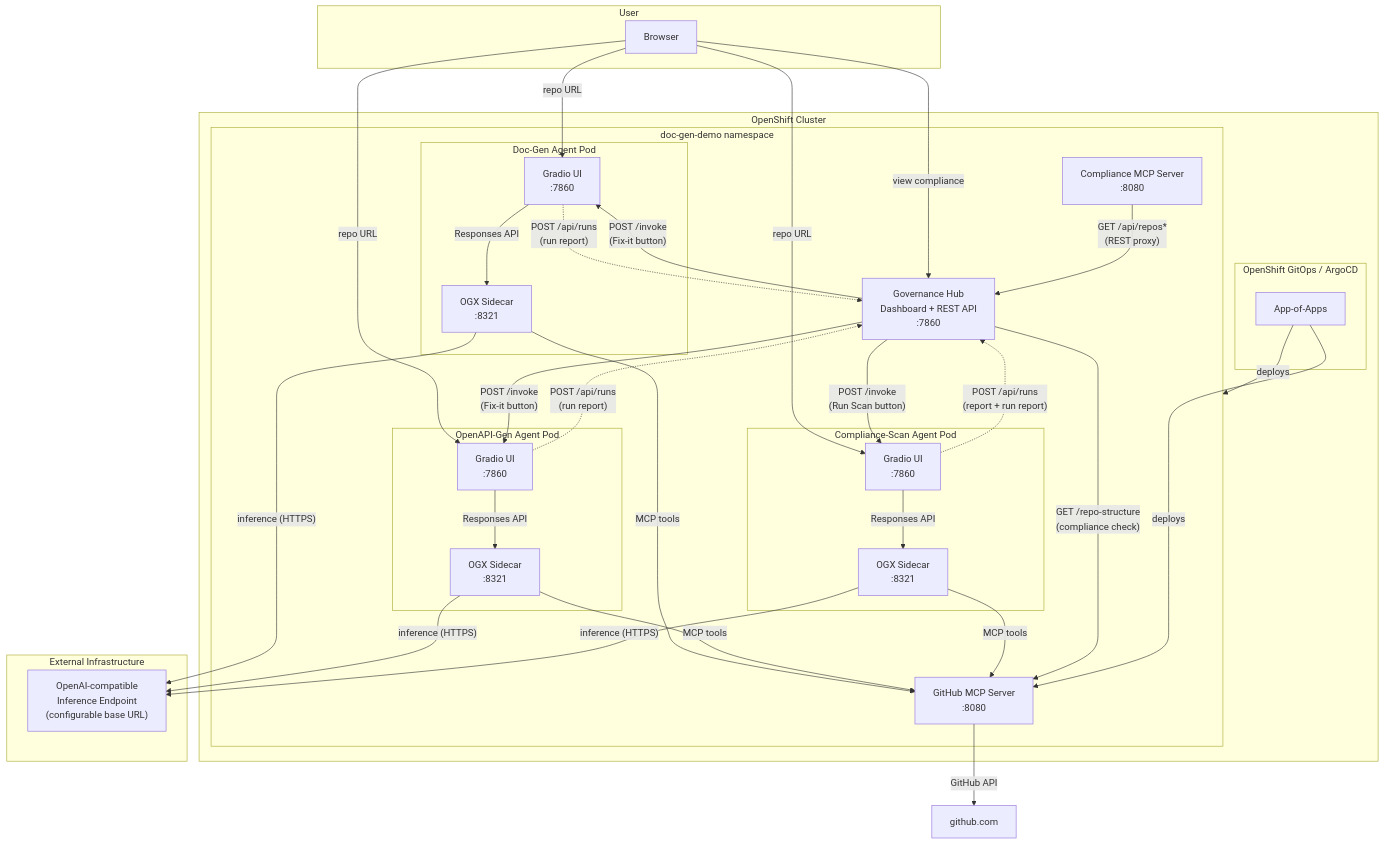
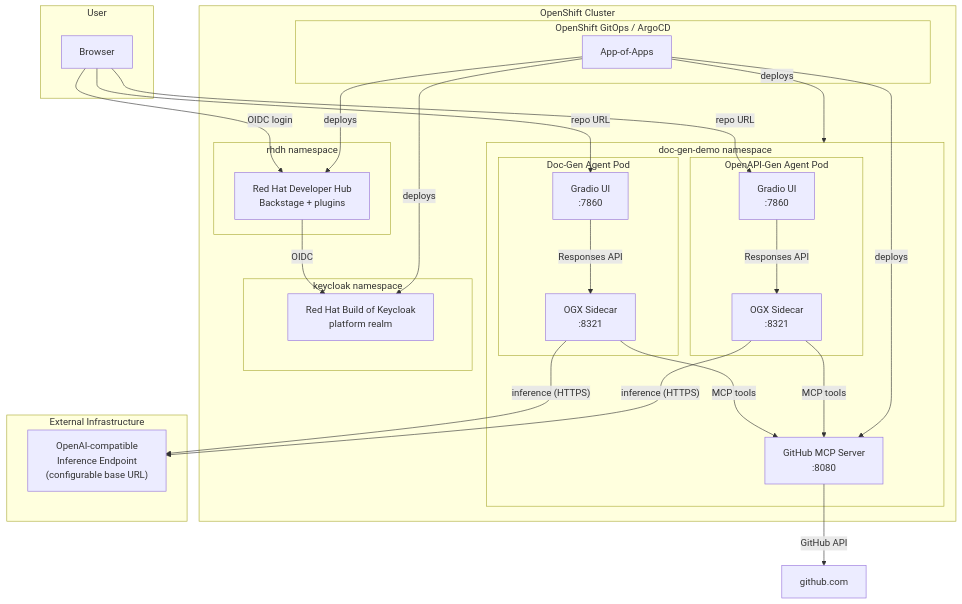
Before and after one commit to matteo-grimaldi/agentic-doc-generation: the first of 2 diagrams in README.md, drawn with Mermaid. The commit also changed other lines of this file and 41 other files, not shown here.

````diff
--- a/README.md
+++ b/README.md
@@ -46,59 +28,52 @@
 ```mermaid
 flowchart TB
     subgraph user [User]
         Browser
     end
 
     subgraph ocp [OpenShift Cluster]
         subgraph gitops [OpenShift GitOps / ArgoCD]
             AppOfApps["App-of-Apps"]
         end
 
         subgraph demo_ns [doc-gen-demo namespace]
             subgraph doc_pod [Doc-Gen Agent Pod]
                 DocGradio["Gradio UI\n:7860"]
                 DocOGX["OGX Sidecar\n:8321"]
             end
             subgraph api_pod [OpenAPI-Gen Agent Pod]
                 ApiGradio["Gradio UI\n:7860"]
                 ApiOGX["OGX Sidecar\n:8321"]
             end
-            subgraph scan_pod [Compliance-Scan Agent Pod]
-                ScanGradio["Gradio UI\n:7860"]
-                ScanOGX["OGX Sidecar\n:8321"]
-            end
             GitHubMCP["GitHub MCP Server\n:8080"]
-            GovHub["Governance Hub\nDashboard + REST API\n:7860"]
-            ComplianceMCP["Compliance MCP Server\n:8080"]
+        end
+
+        subgraph keycloak_ns [keycloak namespace]
+            RHBK["Red Hat Build of Keycloak\nplatform realm"]
+        end
+
+        subgraph rhdh_ns [rhdh namespace]
+            RHDH["Red Hat Developer Hub\nBackstage + plugins"]
         end
     end
 
     subgraph external [External Infrastructure]
         InferenceEndpoint["OpenAI-compatible\nInference Endpoint\n(configurable base URL)"]
     end
 
     Browser -->|"repo URL"| DocGradio
     Browser -->|"repo URL"| ApiGradio
-    Browser -->|"repo URL"| ScanGradio
+    Browser -->|"OIDC login"| RHDH
     DocGradio -->|"Responses API"| DocOGX
     ApiGradio -->|"Responses API"| ApiOGX
-    ScanGradio -->|"Responses API"| ScanOGX
     DocOGX -->|"MCP tools"| GitHubMCP
     ApiOGX -->|"MCP tools"| GitHubMCP
-    ScanOGX -->|"MCP tools"| GitHubMCP
     DocOGX -->|"inference (HTTPS)"| InferenceEndpoint
     ApiOGX -->|"inference (HTTPS)"| InferenceEndpoint
-    ScanOGX -->|"inference (HTTPS)"| InferenceEndpoint
     GitHubMCP -->|"GitHub API"| GitHub["github.com"]
-    Browser -->|"view compliance"| GovHub
-    DocGradio -.->|"POST /api/runs\n(run report)"| GovHub
-    ApiGradio -.->|"POST /api/runs\n(run report)"| GovHub
-    ScanGradio -.->|"POST /api/runs\n(report + run report)"| GovHub
-    GovHub -->|"POST /invoke\n(Fix-it button)"| DocGradio
-    GovHub -->|"POST /invoke\n(Fix-it button)"| ApiGradio
-    GovHub -->|"POST /invoke\n(Run Scan button)"| ScanGradio
-    GovHub -->|"GET /repo-structure\n(compliance check)"| GitHubMCP
-    ComplianceMCP -->|"GET /api/repos*\n(REST proxy)"| GovHub
+    RHDH -->|"OIDC"| RHBK
     AppOfApps -->|deploys| GitHubMCP
     AppOfApps -->|deploys| demo_ns
+    AppOfApps -->|deploys| RHBK
+    AppOfApps -->|deploys| RHDH
 ```
````
